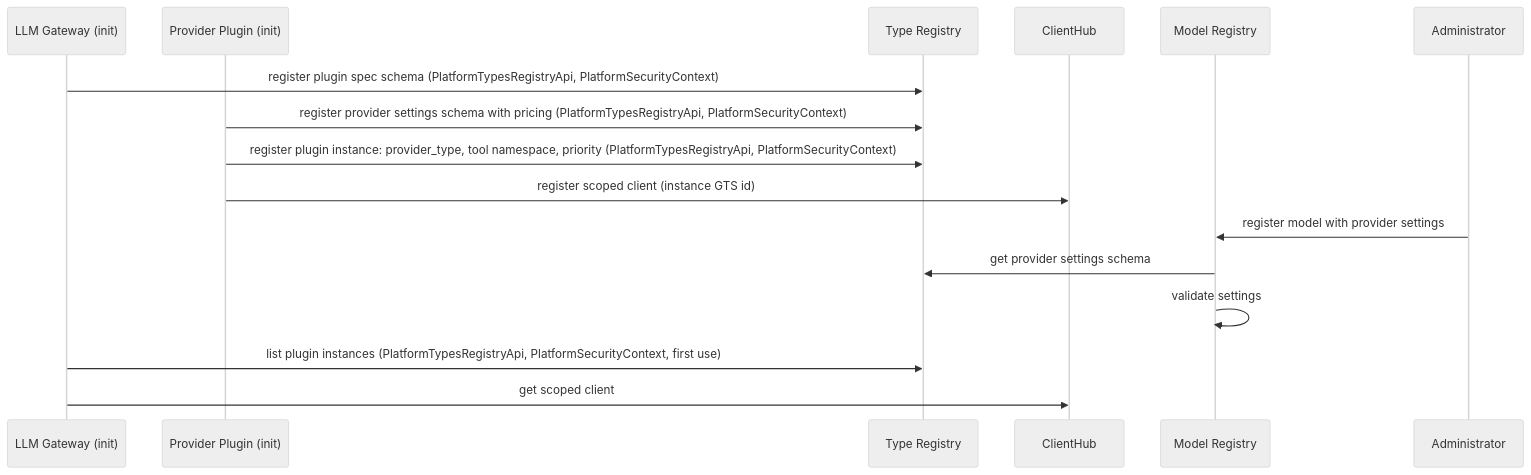
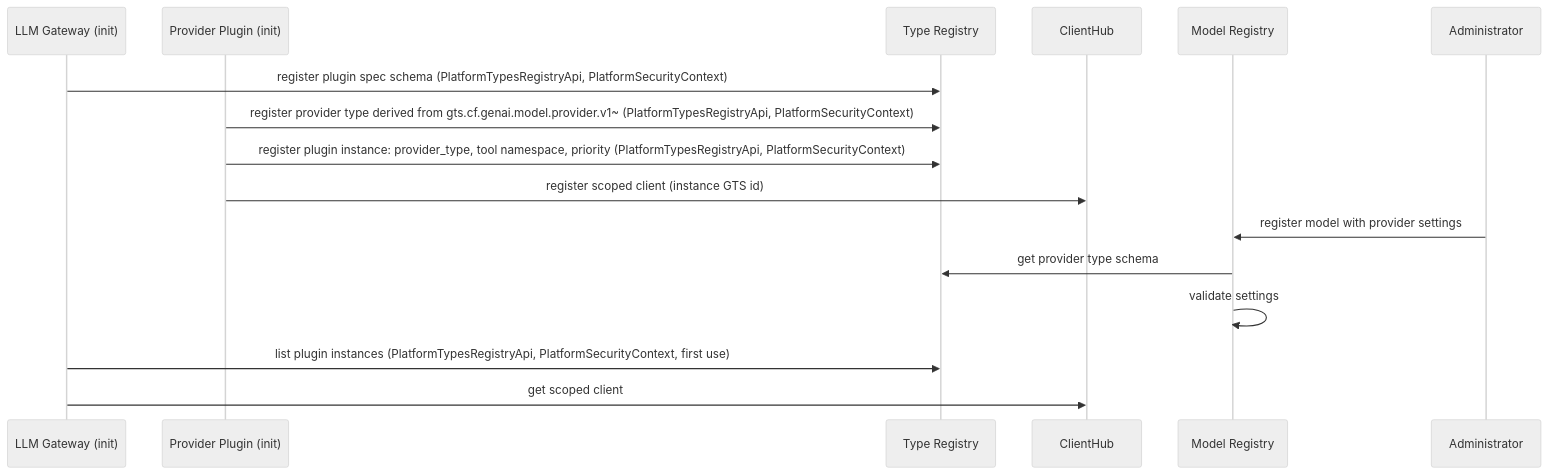
One commit to constructorfabric/gears-rust changed diagram 14 of 15 in gears/llm-gateway/docs/DESIGN.md. Above: the diagram before and after it, drawn with Mermaid (neutral theme). The commit also changed other lines of this file and 11 other files, not shown here.

First line of the commit message:
feat(llm-gateway): align SDK with model registry and add pass-through

````diff
--- a/gears/llm-gateway/docs/DESIGN.md
+++ b/gears/llm-gateway/docs/DESIGN.md
@@ -1194,18 +1205,18 @@
 ```mermaid
 sequenceDiagram
     participant GW as LLM Gateway (init)
     participant PL as Provider Plugin (init)
     participant TY as Type Registry
     participant HUB as ClientHub
     participant MR as Model Registry
     participant ADM as Administrator
     GW->>TY: register plugin spec schema (PlatformTypesRegistryApi, PlatformSecurityContext)
-    PL->>TY: register provider settings schema with pricing (PlatformTypesRegistryApi, PlatformSecurityContext)
+    PL->>TY: register provider type derived from gts.cf.genai.model.provider.v1~ (PlatformTypesRegistryApi, PlatformSecurityContext)
     PL->>TY: register plugin instance: provider_type, tool namespace, priority (PlatformTypesRegistryApi, PlatformSecurityContext)
     PL->>HUB: register scoped client (instance GTS id)
     ADM->>MR: register model with provider settings
-    MR->>TY: get provider settings schema
+    MR->>TY: get provider type schema
     MR->>MR: validate settings
     GW->>TY: list plugin instances (PlatformTypesRegistryApi, PlatformSecurityContext, first use)
     GW->>HUB: get scoped client
 ```
````
